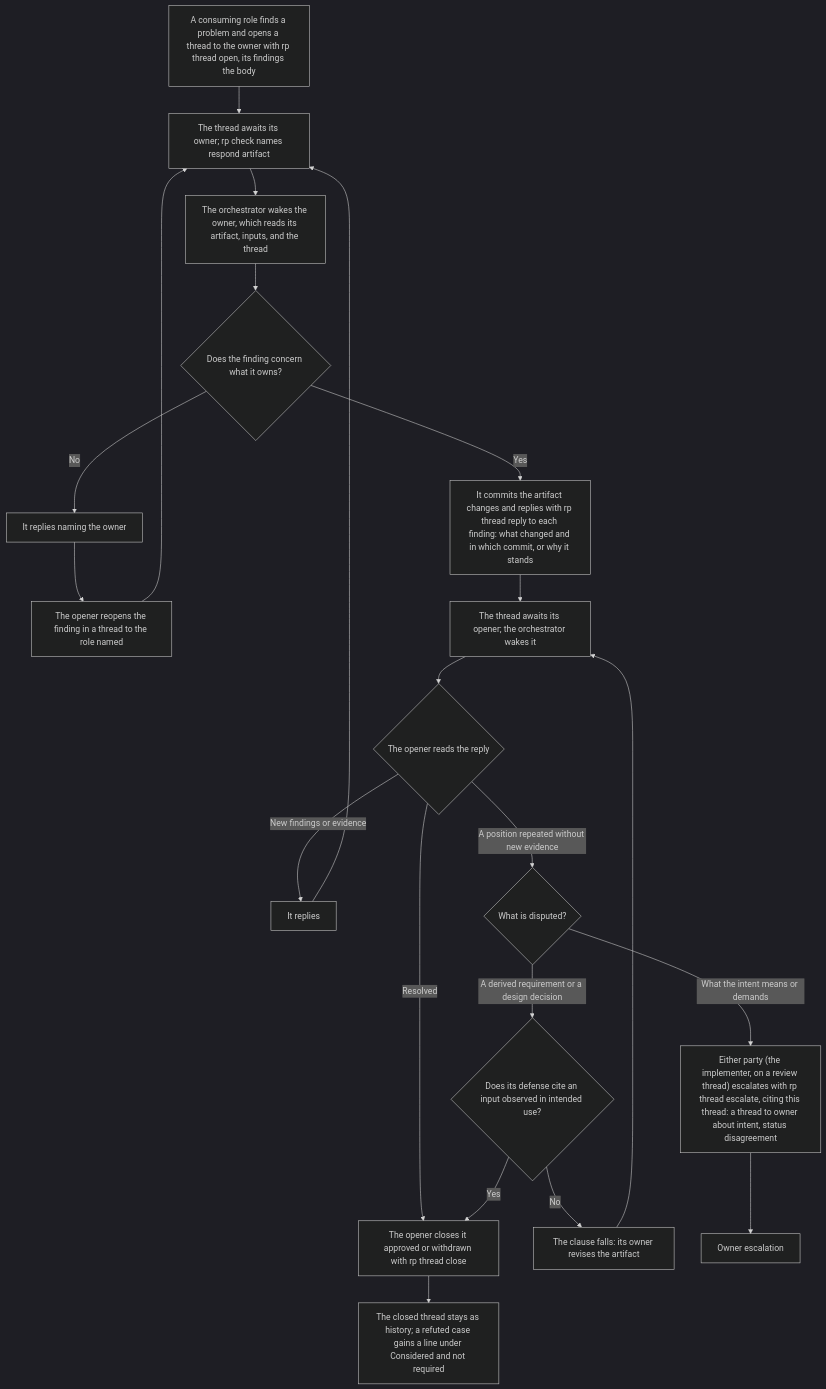
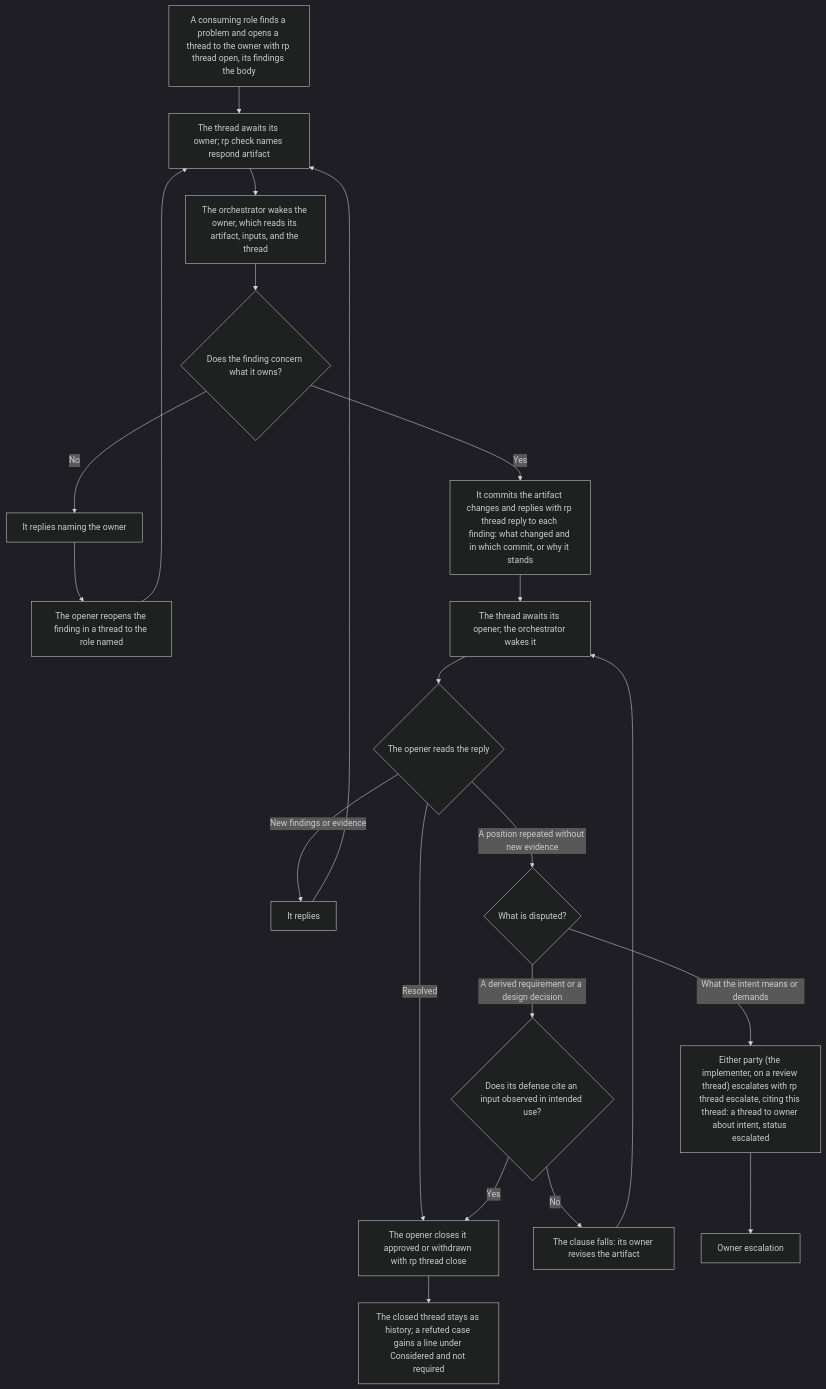
Before and after one commit to Automattic/radical-pipelines: the diagram in docs/flowcharts/threads.md, drawn with Mermaid (dark theme). The commit also changed 32 other files, not shown here.

````diff
--- a/docs/flowcharts/threads.md
+++ b/docs/flowcharts/threads.md
@@ -5,23 +5,23 @@
 ```mermaid
 flowchart TD
     OPEN["A consuming role finds a problem and opens a thread to the owner with rp thread open, its findings the body"] --> AW1["The thread awaits its owner; rp check names respond artifact"]
     AW1 --> OWNER["The orchestrator wakes the owner, which reads its artifact, inputs, and the thread"]
     OWNER --> OWNS{"Does the finding concern what it owns?"}
     OWNS -->|No| NAME["It replies naming the owner"]
     NAME --> REOPEN["The opener reopens the finding in a thread to the role named"]
     REOPEN --> AW1
     OWNS -->|Yes| ANSWER["It commits the artifact changes and replies with rp thread reply to each finding: what changed and in which commit, or why it stands"]
     ANSWER --> AW2["The thread awaits its opener; the orchestrator wakes it"]
     AW2 --> READ{"The opener reads the reply"}
     READ -->|Resolved| CLOSED["The opener closes it approved or withdrawn with rp thread close"]
     READ -->|New findings or evidence| AGAIN["It replies"]
     AGAIN --> AW1
     READ -->|A position repeated without new evidence| DIS{"What is disputed?"}
     DIS -->|A derived requirement or a design decision| OBS{"Does its defense cite an input observed in intended use?"}
     OBS -->|Yes| CLOSED
     OBS -->|No| REVISE["The clause falls: its owner revises the artifact"]
     REVISE --> AW2
-    DIS -->|What the intent means or demands| ESC["Either party (the implementer, on a review thread) escalates with rp thread escalate, citing this thread: a thread to owner about intent, status disagreement"]
+    DIS -->|What the intent means or demands| ESC["Either party (the implementer, on a review thread) escalates with rp thread escalate, citing this thread: a thread to owner about intent, status escalated"]
     ESC --> OE["Owner escalation"]
     CLOSED --> HIST["The closed thread stays as history; a refuted case gains a line under Considered and not required"]
 ```
````
